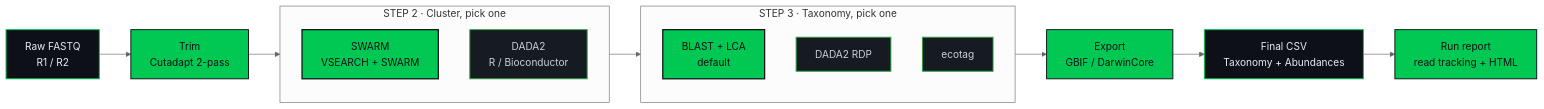
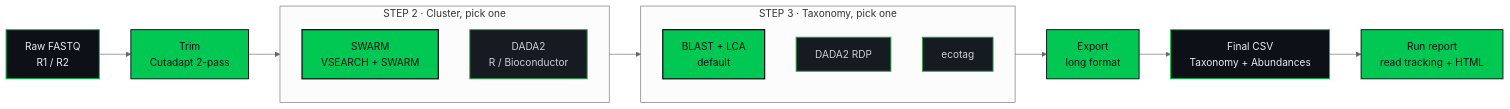
One commit to WildinSync/wis_seednap changed the diagram in README.md. Above: the diagram before and after it, drawn with Mermaid (neutral theme). The commit also changed other lines of this file and 43 other files, not shown here.

First line of the commit message:
[REFACTOR] Rename GBIF long-format export to "long"

````diff
--- a/README.md
+++ b/README.md
@@ -36,30 +36,30 @@
 ```mermaid
 flowchart LR
     raw[Raw FASTQ<br/>R1 / R2]:::io
     trim[Trim<br/>Cutadapt 2-pass]:::pass
 
     subgraph s2 [STEP 2 · Cluster, pick one]
         direction TB
         swarm[SWARM<br/>VSEARCH + SWARM]:::reco
         dada2[DADA2<br/>R / Bioconductor]:::alt
     end
 
     subgraph s3 [STEP 3 · Taxonomy, pick one]
         direction TB
         blast[BLAST + LCA<br/>default]:::reco
         rdp[DADA2 RDP]:::alt
         ecotag[ecotag]:::alt
     end
 
-    export[Export<br/>GBIF / DarwinCore]:::pass
+    export[Export<br/>long format]:::pass
     final[Final CSV<br/>Taxonomy + Abundances]:::io
     report[Run report<br/>read tracking + HTML]:::pass
 
     raw --> trim --> s2 --> s3 --> export --> final
     final --> report
 
     classDef io fill:#0D1117,stroke:#00C853,stroke-width:1.5px,color:#e6edf3
     classDef pass fill:#00C853,stroke:#0D1117,stroke-width:1.5px,color:#0D1117
     classDef reco fill:#00C853,stroke:#0D1117,stroke-width:2px,color:#0D1117
     classDef alt fill:#161B22,stroke:#2EA043,stroke-width:1.5px,color:#c9d1d9
 ```
````
